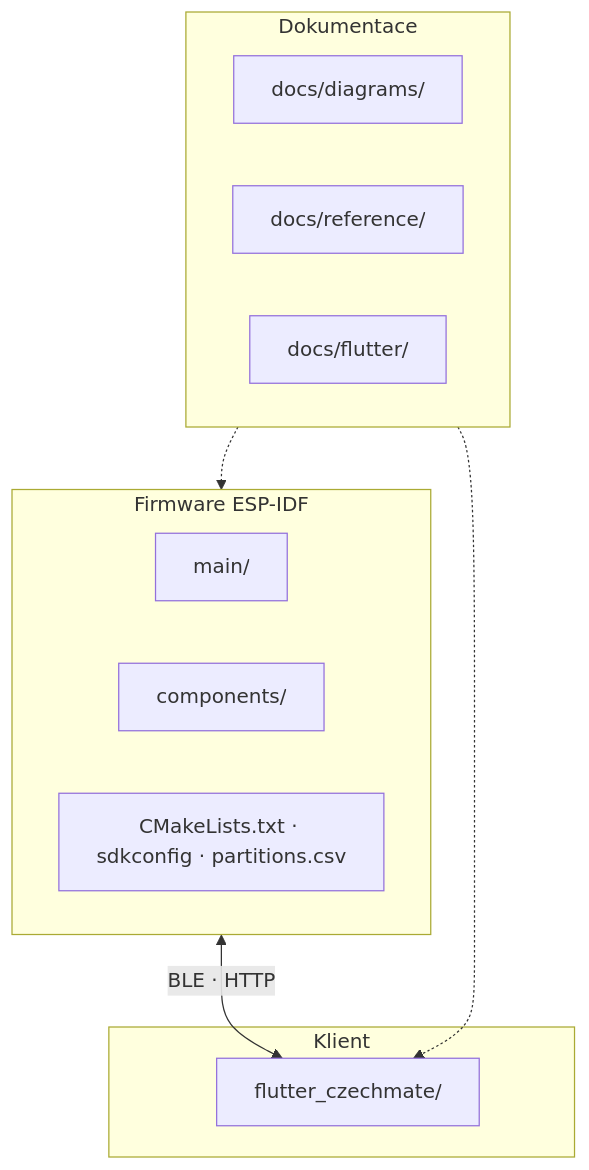
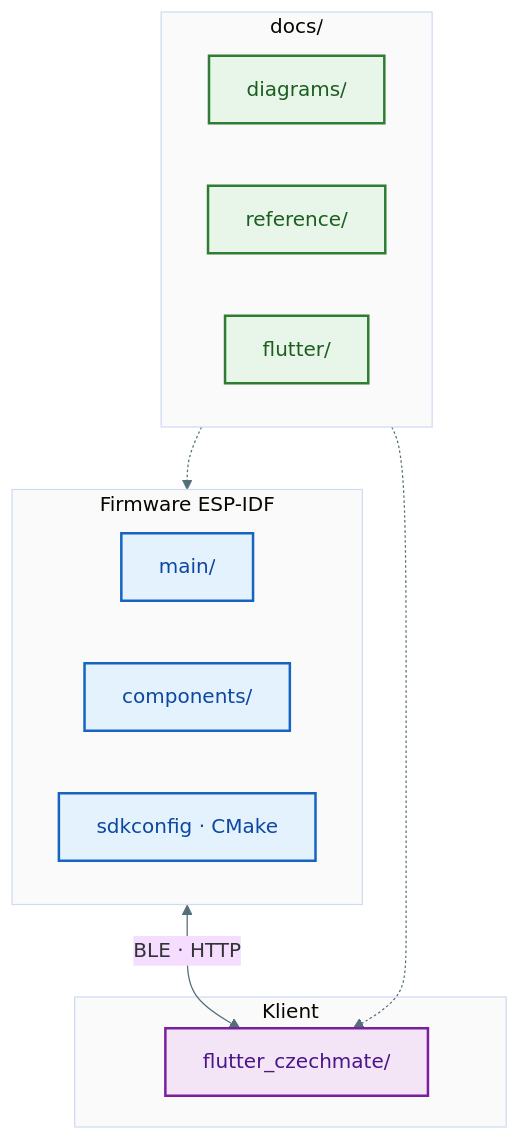
One commit to AlfredKrutina/chess_esp32_c6_devkit changed the diagram in docs/README.md. Above: the diagram before and after it, drawn with Mermaid. The commit also changed other lines of this file and 29 other files, not shown here.

First line of the commit message:
docs: barevné Mermaid SVG, LED + Flutter vrstvy, lokální backlog

````diff
--- a/docs/README.md
+++ b/docs/README.md
@@ -11,19 +11,24 @@
 ```mermaid
+%%{init: {'theme':'base', 'themeVariables': {'lineColor':'#546e7a','clusterBkg':'#fafafa'}}}%%
 flowchart TB
   subgraph FW["Firmware ESP-IDF"]
-    M[main/]
-    C[components/]
-    CM[CMakeLists.txt · sdkconfig · partitions.csv]
+    M[main/]:::fw
+    C[components/]:::fw
+    CM[sdkconfig · CMake]:::fw
   end
   subgraph APP["Klient"]
-    FL[flutter_czechmate/]
+    FL[flutter_czechmate/]:::app
   end
-  subgraph DOC["Dokumentace"]
-    DG[docs/diagrams/]
-    RF[docs/reference/]
-    DF[docs/flutter/]
+  subgraph DOC["docs/"]
+    DG[diagrams/]:::doc
+    RF[reference/]:::doc
+    DF[flutter/]:::doc
   end
   FW <-->|BLE · HTTP| FL
   DOC -.-> FW
   DOC -.-> FL
+
+  classDef fw fill:#e3f2fd,stroke:#1565c0,stroke-width:2px,color:#0d47a1
+  classDef app fill:#f3e5f5,stroke:#7b1fa2,stroke-width:2px,color:#4a148c
+  classDef doc fill:#e8f5e9,stroke:#2e7d32,stroke-width:2px,color:#1b5e20
 ```
````
